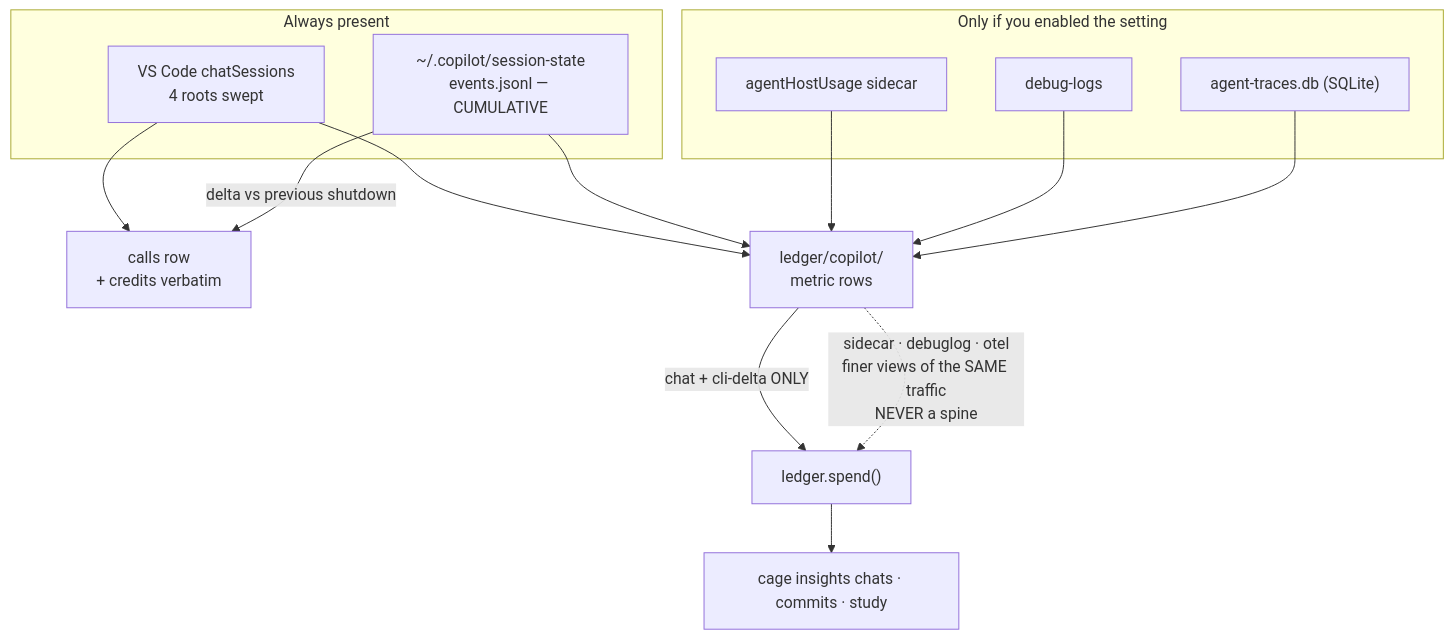
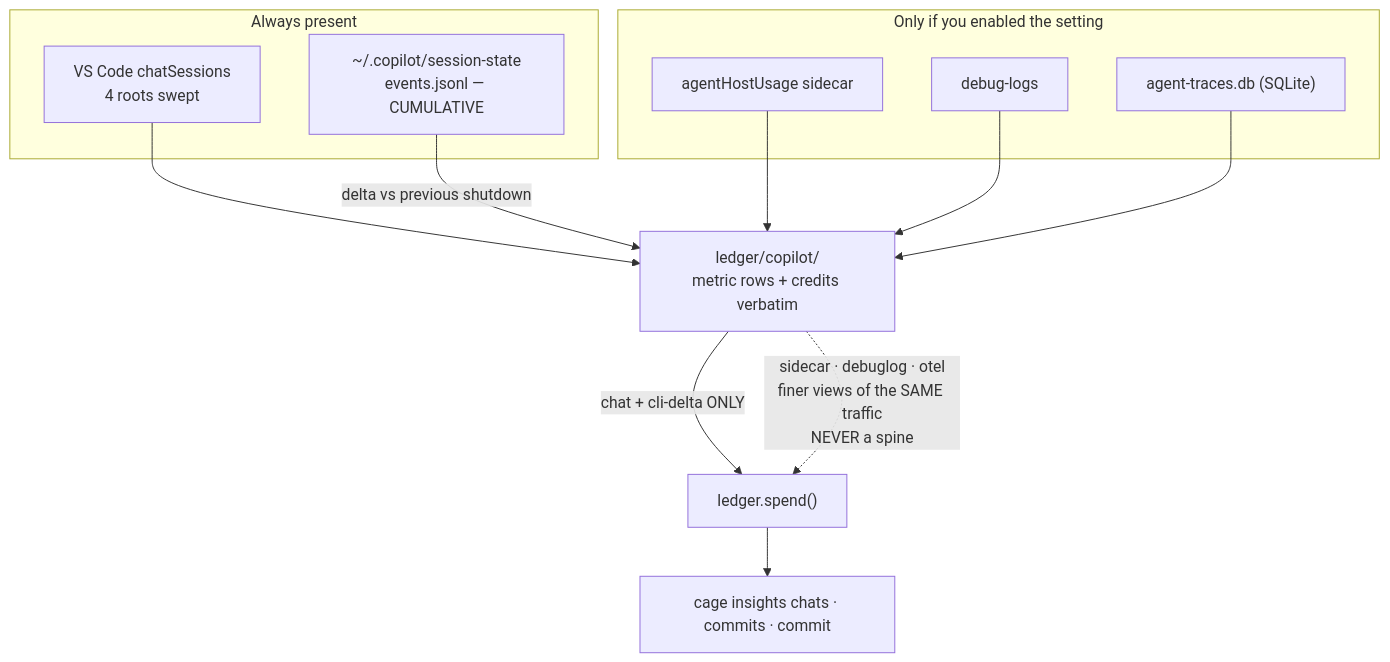
The diagram in docs/adr/0004_copilot.md (arpitarya/cage), drawn with Mermaid before and after one commit. The commit also changed other lines of this file and 99 other files, not shown here.

First line of the commit message:
STUDY-CUT + ADR-CLEANUP: delete the fleet study whole, restore state/ pruning as `cage clean`

````diff
--- a/docs/adr/0004_copilot.md
+++ b/docs/adr/0004_copilot.md
@@ -47,22 +47,20 @@
 ```mermaid
 flowchart TD
     subgraph always["Always present"]
         CS["VS Code chatSessions<br/>4 roots swept"]
         CLI["~/.copilot/session-state<br/>events.jsonl — CUMULATIVE"]
     end
     subgraph gated["Only if you enabled the setting"]
         SC["agentHostUsage sidecar"]
         DL["debug-logs"]
         OT["agent-traces.db (SQLite)"]
     end
-    CS --> RC["calls row<br/>+ credits verbatim"]
-    CLI -->|"delta vs previous shutdown"| RC
-    CS --> MM["ledger/copilot/<br/>metric rows"]
-    CLI --> MM
+    CS --> MM["ledger/copilot/<br/>metric rows + credits verbatim"]
+    CLI -->|"delta vs previous shutdown"| MM
     SC --> MM
     DL --> MM
     OT --> MM
     MM -->|"chat + cli-delta ONLY"| SP["ledger.spend()"]
     MM -.->|"sidecar · debuglog · otel<br/>finer views of the SAME traffic<br/>NEVER a spine"| SP
-    SP --> V["cage insights chats · commits · study"]
+    SP --> V["cage insights chats · commits · commit"]
 ```
````
